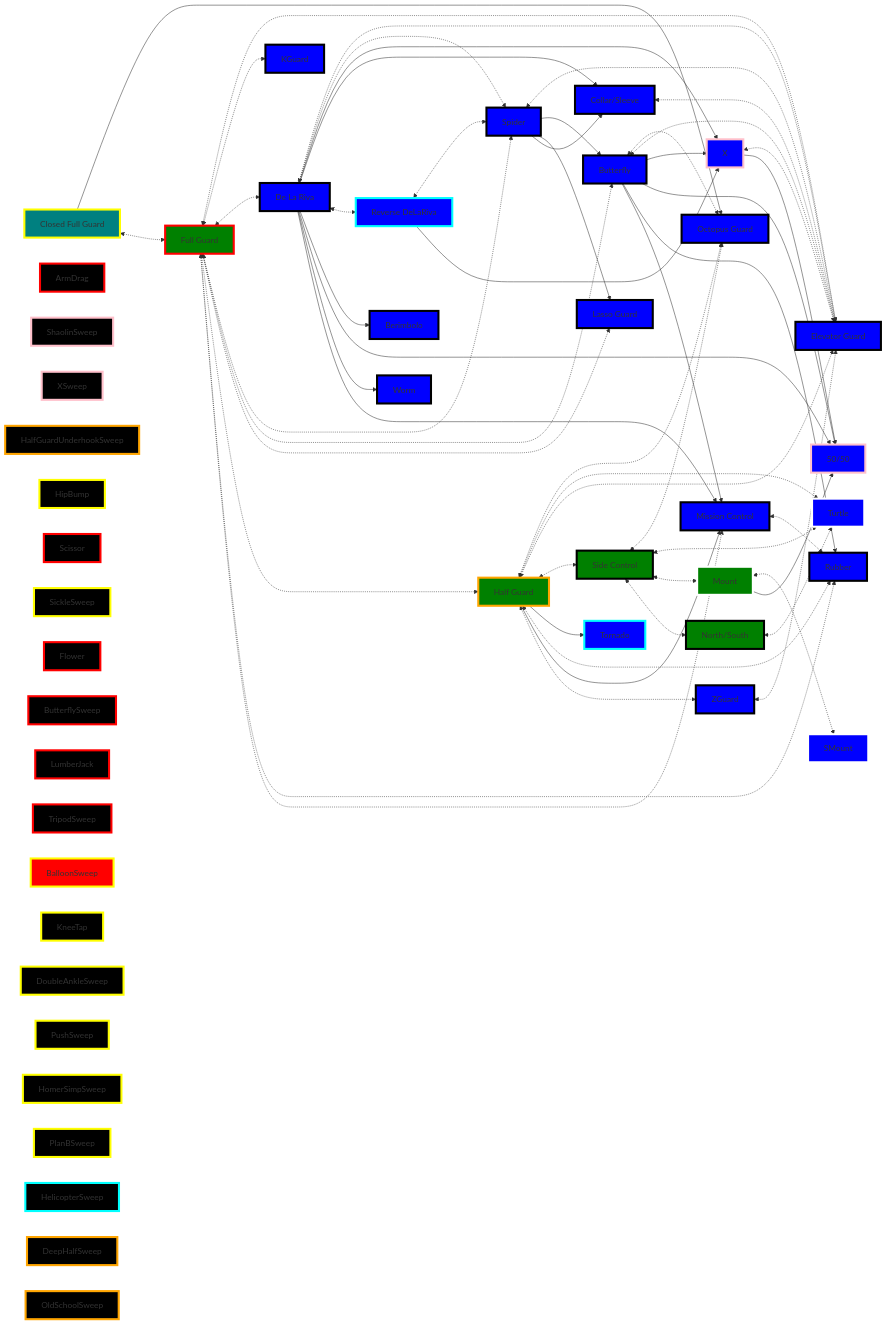
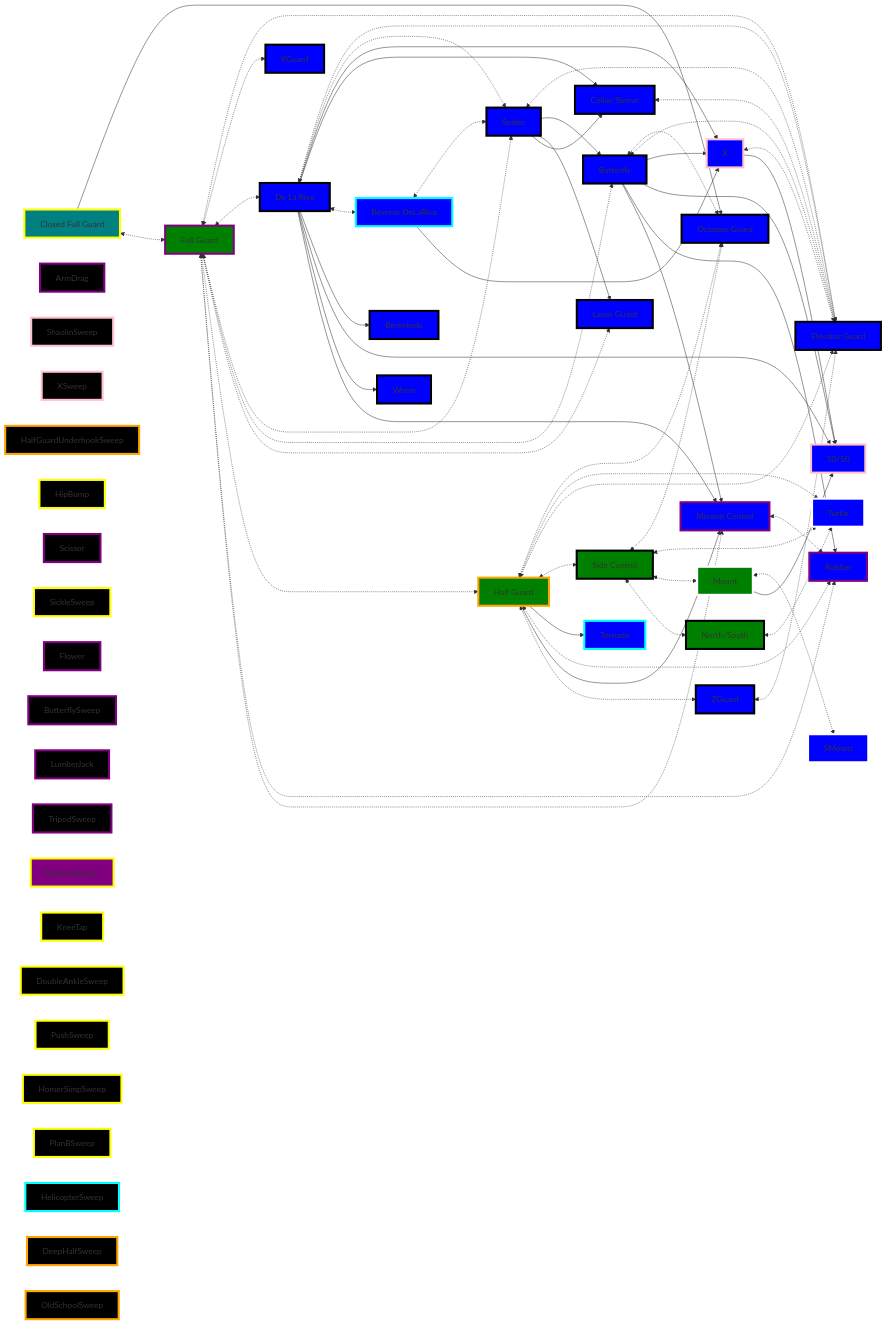
The third of 4 diagrams in _Fitness/BJJ Priority Flows.md (jacgit18/DevHiveMind), drawn with Mermaid before and after one commit. The commit also changed other lines of this file, not shown here.

Commit message:
M "_Fitness/BJJ Priority Flows.md"

```diff
--- a/_Fitness/BJJ Priority Flows.md
+++ b/_Fitness/BJJ Priority Flows.md
@@ -547,8 +547,10 @@
 	R <-.-> Q 
 	K <-.-> Turtle
 
-style Scissor fill:black,stroke:red,stroke-width:4px,shadow:shadow
+style Scissor fill:black,stroke:purple,stroke-width:4px,shadow:shadow
+
 style HalfGuardUnderhookSweep fill:black,stroke:orange,stroke-width:4px,shadow:shadow
+
 style PlanBSweep fill:black,stroke:yellow,stroke-width:4px,shadow:shadow
 
 style SickleSweep fill:black,stroke:yellow,stroke-width:4px,shadow:shadow
@@ -561,25 +563,25 @@
 
 style HomerSimpSweep fill:black,stroke:yellow,stroke-width:4px,shadow:shadow
 
-style ArmDrag fill:black,stroke:red,stroke-width:4px,shadow:shadow
+style ArmDrag fill:black,stroke:purple,stroke-width:4px,shadow:shadow
 
 style HipBump fill:black,stroke:yellow,stroke-width:4px,shadow:shadow
 
-style ButterflySweep fill:black,stroke:red,stroke-width:4px,shadow:shadow
+style ButterflySweep fill:black,stroke:purple,stroke-width:4px,shadow:shadow
 
 style ShaolinSweep fill:black,stroke:pink,stroke-width:4px,shadow:shadow
 
 style XSweep fill:black,stroke:pink,stroke-width:4px,shadow:shadow
 
-style BalloonSweep fill:red,stroke:yellow,stroke-width:4px,shadow:shadow
+style BalloonSweep fill:purple,stroke:yellow,stroke-width:4px,shadow:shadow
 
-style Flower fill:black,stroke:red,stroke-width:4px,shadow:shadow
+style Flower fill:black,stroke:purple,stroke-width:4px,shadow:shadow
 
-style LumberJack fill:black,stroke:red,stroke-width:4px,shadow:shadow
+style LumberJack fill:black,stroke:purple,stroke-width:4px,shadow:shadow
 
 style DoubleAnkleSweep fill:black,stroke:yellow,stroke-width:4px,shadow:shadow
 
-style TripodSweep fill:black,stroke:red,stroke-width:4px,shadow:shadow
+style TripodSweep fill:black,stroke:purple,stroke-width:4px,shadow:shadow
 
 style SMount fill:blue,stroke:White,stroke-width:4px,shadow:shadow
 
@@ -598,7 +600,7 @@
 
 style KGuard fill:blue,stroke:black,stroke-width:4px,shadow:shadow
 
-style A fill:green,stroke:red,stroke-width:4px,shadow:shadow
+style A fill:green,stroke:purple,stroke-width:4px,shadow:shadow
 
 style B fill:blue,stroke:black,stroke-width:4px,shadow:shadow
 
@@ -630,9 +632,9 @@
 
 style P fill:blue,stroke:Aqua,stroke-width:4px,shadow:shadow
 
-style Q fill:blue,stroke:black,stroke-width:4px,shadow:shadow
+style Q fill:blue,stroke:purple,stroke-width:4px,shadow:shadow
 
-style R fill:blue,stroke:black,stroke-width:4px,shadow:shadow
+style R fill:blue,stroke:purple,stroke-width:4px,shadow:shadow
 
 style Z fill:blue,stroke:black,stroke-width:4px,shadow:shadow
 
```
